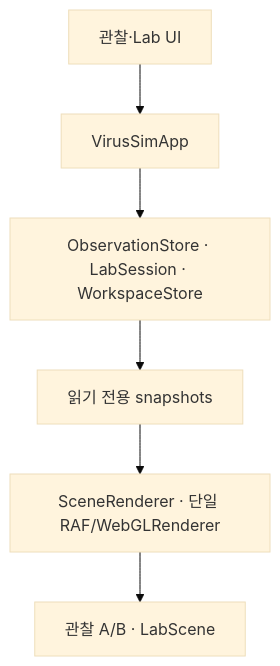
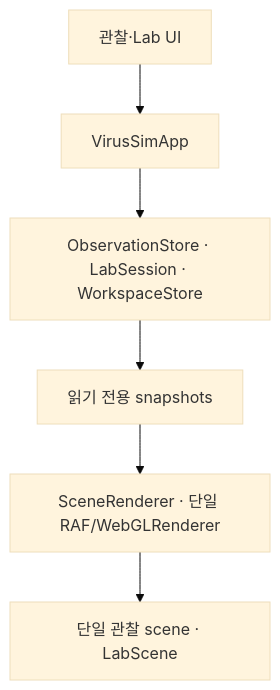
The diagram in docs/virus-sim-v4-architecture.md (cjftya/cjftya.github.io), drawn with Mermaid (base theme) before and after one commit. The commit also changed other lines of this file and 18 other files, not shown here.

Commit message:
Simplify Virus Sim mobile observation flow

````diff
--- a/docs/virus-sim-v4-architecture.md
+++ b/docs/virus-sim-v4-architecture.md
@@ -5,8 +5,8 @@
 ```mermaid
 flowchart TD
   UI["관찰·Lab UI"] --> App["VirusSimApp"]
   App --> Stores["ObservationStore · LabSession · WorkspaceStore"]
   Stores --> Snapshots["읽기 전용 snapshots"]
   Snapshots --> Renderer["SceneRenderer · 단일 RAF/WebGLRenderer"]
-  Renderer --> Scenes["관찰 A/B · LabScene"]
+  Renderer --> Scenes["단일 관찰 scene · LabScene"]
 ```
````
